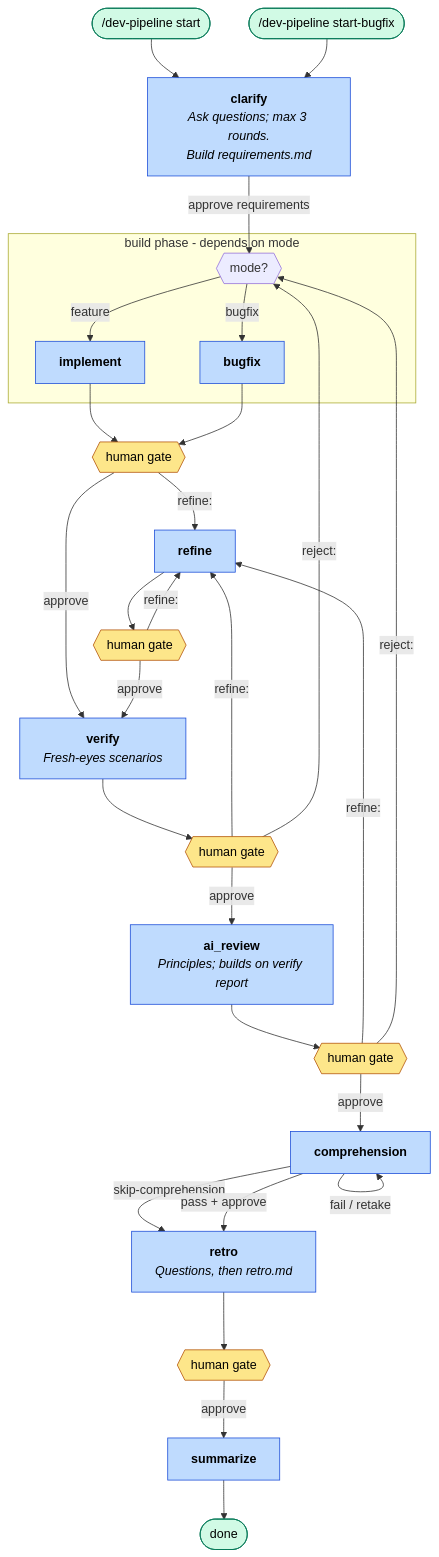
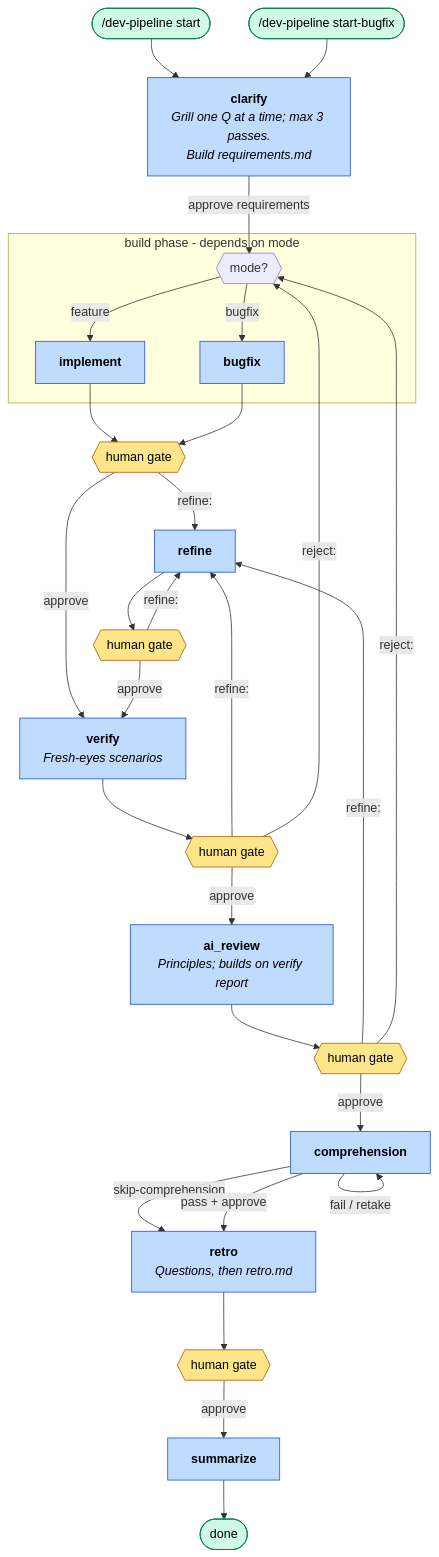
One commit to D-Andreev/ai-workflow changed the second of 2 diagrams in README.md. Above: the diagram before and after it, drawn with Mermaid. The commit also changed other lines of this file and 3 other files, not shown here.

````diff
--- a/README.md
+++ b/README.md
@@ -132,50 +132,50 @@
 ```mermaid
 flowchart TD
     start([/dev-pipeline start]) --> clarify
     startbug([/dev-pipeline start-bugfix]) --> clarify
 
-    clarify["<b>clarify</b><br/><i>Ask questions; max 3 rounds.<br/>Build requirements.md</i>"]
+    clarify["<b>clarify</b><br/><i>Grill one Q at a time; max 3 passes.<br/>Build requirements.md</i>"]
     clarify -->|approve requirements| build
 
     subgraph build_phase [build phase - depends on mode]
         build{{mode?}}
         build -->|feature| implement["<b>implement</b>"]
         build -->|bugfix| bugfix["<b>bugfix</b>"]
     end
 
     implement --> gate1
     bugfix --> gate1
     gate1{{human gate}}
     gate1 -->|refine:| refine
     refine["<b>refine</b>"]
     refine --> gate1r{{human gate}}
     gate1r -->|refine:| refine
     gate1 -->|approve| verify
     gate1r -->|approve| verify
 
     verify["<b>verify</b><br/><i>Fresh-eyes scenarios</i>"] --> gate2{{human gate}}
     gate2 -->|refine:| refine
     gate2 -->|reject:| build
     gate2 -->|approve| ai_review
 
     ai_review["<b>ai_review</b><br/><i>Principles; builds on verify report</i>"] --> gate3{{human gate}}
     gate3 -->|refine:| refine
     gate3 -->|reject:| build
     gate3 -->|approve| comprehension
 
     comprehension["<b>comprehension</b>"] -->|fail / retake| comprehension
     comprehension -->|skip-comprehension| retro
     comprehension -->|pass + approve| retro
 
     retro["<b>retro</b><br/><i>Questions, then retro.md</i>"] --> gate4{{human gate}}
     gate4 -->|approve| summarize
 
     summarize["<b>summarize</b>"] --> done([done])
 
     classDef human fill:#fde68a,stroke:#b45309,color:#000;
     classDef ai fill:#bfdbfe,stroke:#1d4ed8,color:#000;
     classDef terminal fill:#d1fae5,stroke:#047857,color:#000;
     class gate1,gate1r,gate2,gate3,gate4 human;
     class clarify,implement,bugfix,refine,verify,ai_review,comprehension,retro,summarize ai;
     class start,startbug,done terminal;
 ```
````
